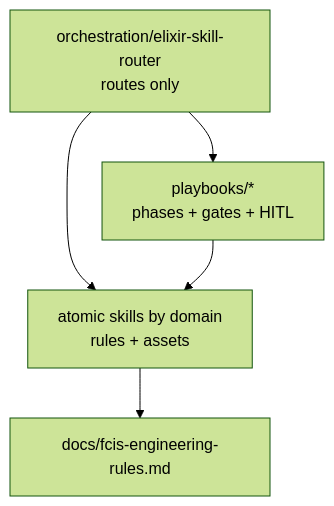
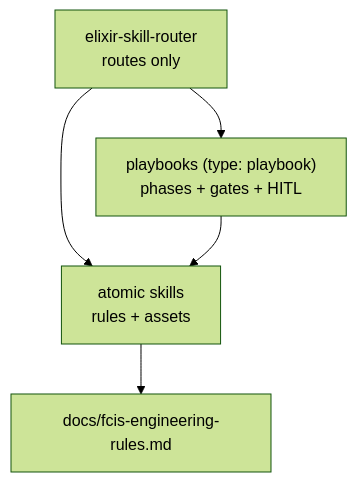
Before and after one commit to igmarin/elixir-phoenix-skills: the first of 2 diagrams in docs/playbooks.md, drawn with Mermaid (forest theme). The commit also changed other lines of this file and 123 other files, not shown here.

Commit message:
Flatten skills to skills/<name>; rename playbook code-review to code-review-playbook.

````diff
--- a/docs/playbooks.md
+++ b/docs/playbooks.md
@@ -7,12 +7,12 @@
 ```mermaid
 flowchart TB
-  Router["orchestration/elixir-skill-router<br/>routes only"]
-  PB["playbooks/*<br/>phases + gates + HITL"]
-  Atomic["atomic skills by domain<br/>rules + assets"]
+  Router["elixir-skill-router<br/>routes only"]
+  PB["playbooks (type: playbook)<br/>phases + gates + HITL"]
+  Atomic["atomic skills<br/>rules + assets"]
   FCIS["docs/fcis-engineering-rules.md"]
 
   Router --> PB
   Router --> Atomic
   PB --> Atomic
   Atomic --> FCIS
 ```
````
